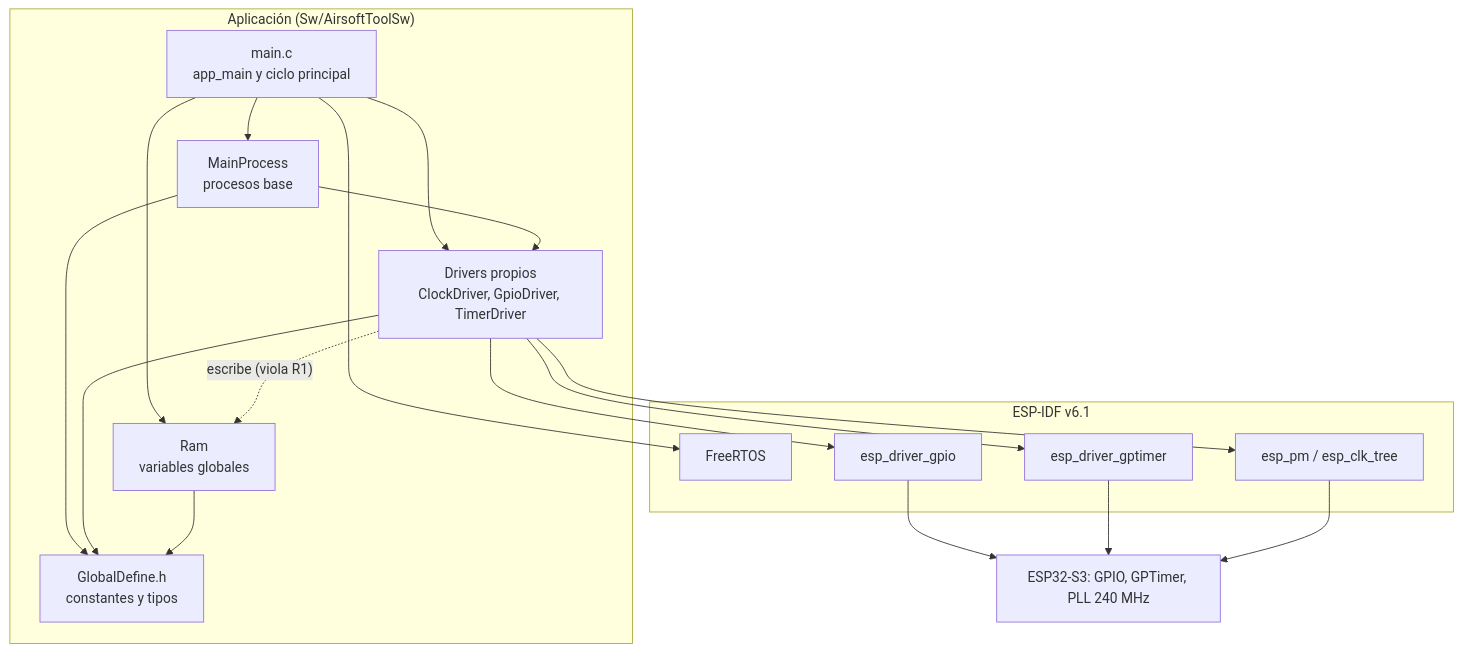
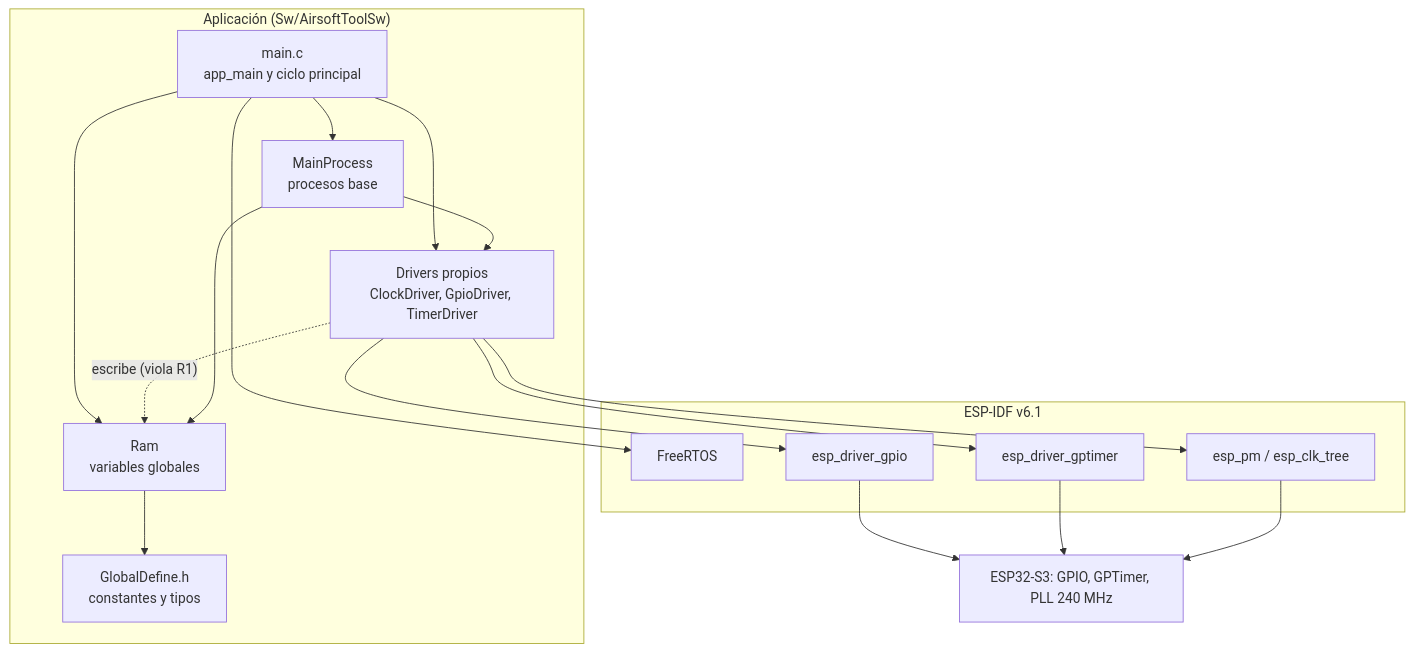
One commit to rodgutzal/Airsoft-MultipurposeGameModeTool changed the first of 6 diagrams in Sw/README.md. Above: the diagram before and after it, drawn with Mermaid. The commit also changed other lines of this file and 9 other files, not shown here.

````diff
--- a/Sw/README.md
+++ b/Sw/README.md
@@ -11,32 +11,31 @@
 ```mermaid
 flowchart TB
   subgraph APP["Aplicación (Sw/AirsoftToolSw)"]
     MAIN["main.c<br/>app_main y ciclo principal"]
     MP["MainProcess<br/>procesos base"]
     RAM["Ram<br/>variables globales"]
     DRV["Drivers propios<br/>ClockDriver, GpioDriver, TimerDriver"]
     GD["GlobalDefine.h<br/>constantes y tipos"]
   end
   subgraph IDF["ESP-IDF v6.1"]
     FR["FreeRTOS"]
     GPIO["esp_driver_gpio"]
     GPT["esp_driver_gptimer"]
     PM["esp_pm / esp_clk_tree"]
   end
   HW["ESP32-S3: GPIO, GPTimer, PLL 240 MHz"]
   MAIN --> MP
   MAIN --> RAM
   MAIN --> DRV
   MP --> DRV
   DRV -. "escribe (viola R1)" .-> RAM
-  MP --> GD
-  DRV --> GD
+  MP --> RAM
   RAM --> GD
   DRV --> PM
   DRV --> GPIO
   DRV --> GPT
   MAIN --> FR
   GPIO --> HW
   GPT --> HW
   PM --> HW
 ```
````
